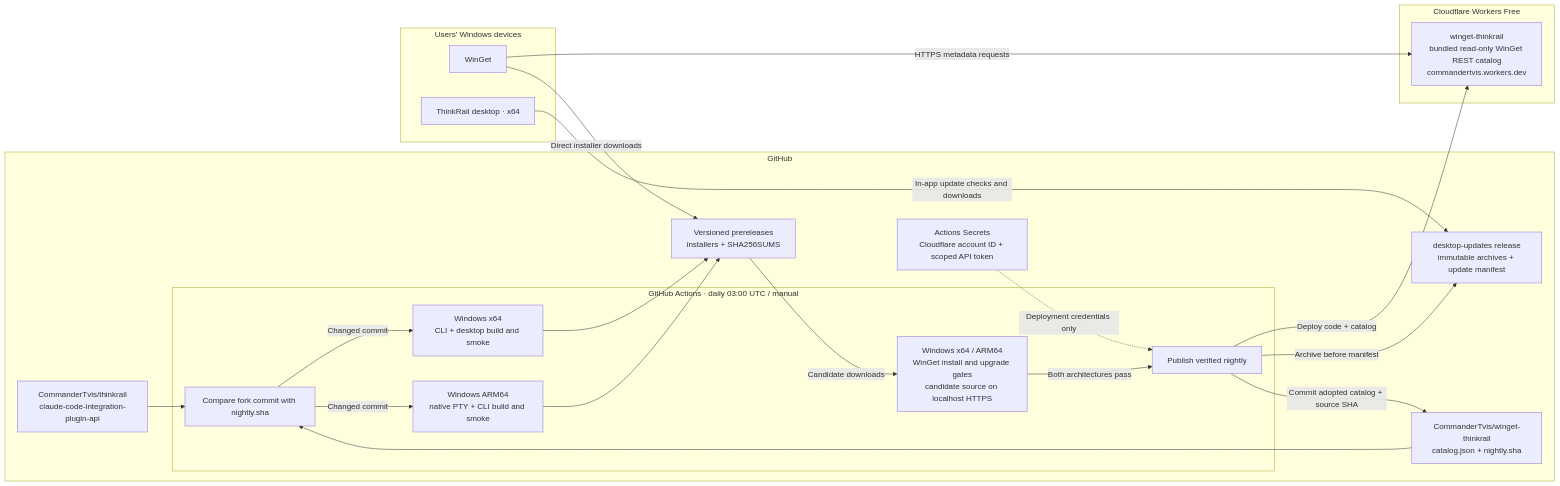
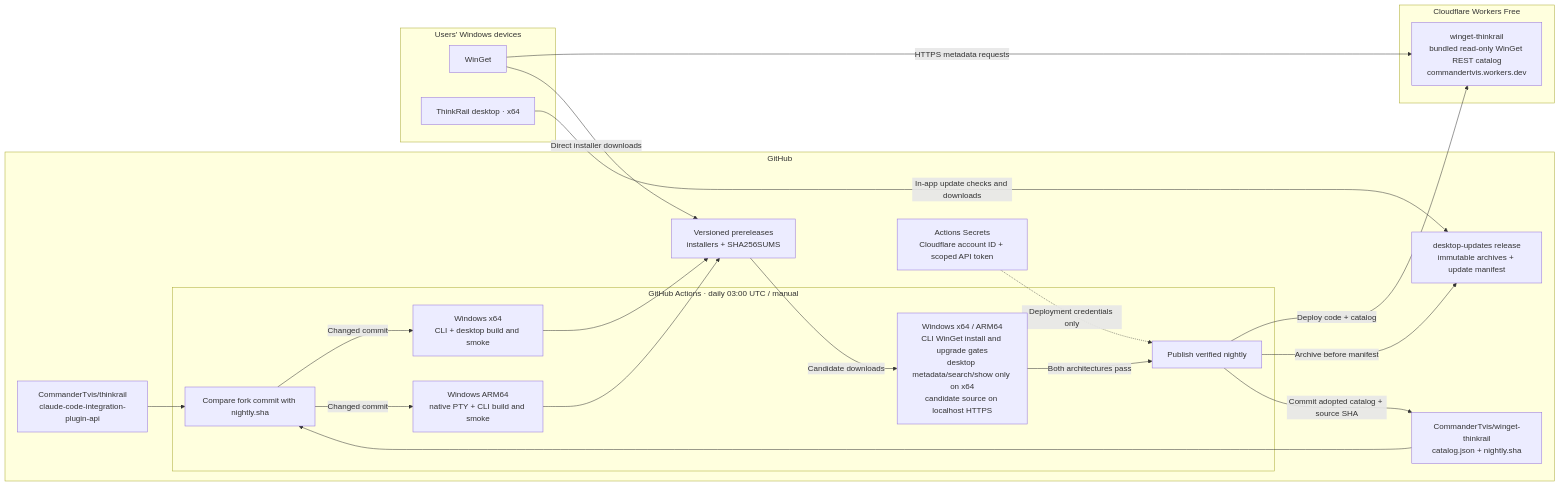
Before and after one commit to CommanderTvis/winget-thinkrail: the diagram in architecture.md, drawn with Mermaid. The commit also changed other lines of this file and 5 other files, not shown here.

Commit message:
Keep interactive desktop WinGet verification manual

````diff
--- a/architecture.md
+++ b/architecture.md
@@ -11,42 +11,42 @@
 ```mermaid
 flowchart LR
   subgraph GitHub["GitHub"]
     fork["CommanderTvis/thinkrail<br/>claude-code-integration-plugin-api"]
     repo["CommanderTvis/winget-thinkrail<br/>catalog.json + nightly.sha"]
     subgraph CI["GitHub Actions · daily 03:00 UTC / manual"]
       compare["Compare fork commit with nightly.sha"]
       x64["Windows x64<br/>CLI + desktop build and smoke"]
       arm64["Windows ARM64<br/>native PTY + CLI build and smoke"]
-      gates["Windows x64 / ARM64<br/>WinGet install and upgrade gates<br/>candidate source on localhost HTTPS"]
+      gates["Windows x64 / ARM64<br/>CLI WinGet install and upgrade gates<br/>desktop metadata/search/show only on x64<br/>candidate source on localhost HTTPS"]
       publish["Publish verified nightly"]
     end
     releases["Versioned prereleases<br/>installers + SHA256SUMS"]
     feed["desktop-updates release<br/>immutable archives + update manifest"]
     secrets["Actions Secrets<br/>Cloudflare account ID + scoped API token"]
   end
 
   subgraph Cloudflare["Cloudflare Workers Free"]
     worker["winget-thinkrail<br/>bundled read-only WinGet REST catalog<br/>commandertvis.workers.dev"]
   end
 
   subgraph Windows["Users' Windows devices"]
     winget["WinGet"]
     desktop["ThinkRail desktop · x64"]
   end
 
   fork --> compare
   repo --> compare
   compare -->|Changed commit| x64
   compare -->|Changed commit| arm64
   x64 --> releases
   arm64 --> releases
   releases -->|Candidate downloads| gates
   gates -->|Both architectures pass| publish
   secrets -.->|Deployment credentials only| publish
   publish -->|Deploy code + catalog| worker
   publish -->|Archive before manifest| feed
   publish -->|Commit adopted catalog + source SHA| repo
   winget -->|HTTPS metadata requests| worker
   winget -->|Direct installer downloads| releases
   desktop -->|In-app update checks and downloads| feed
 ```
````
